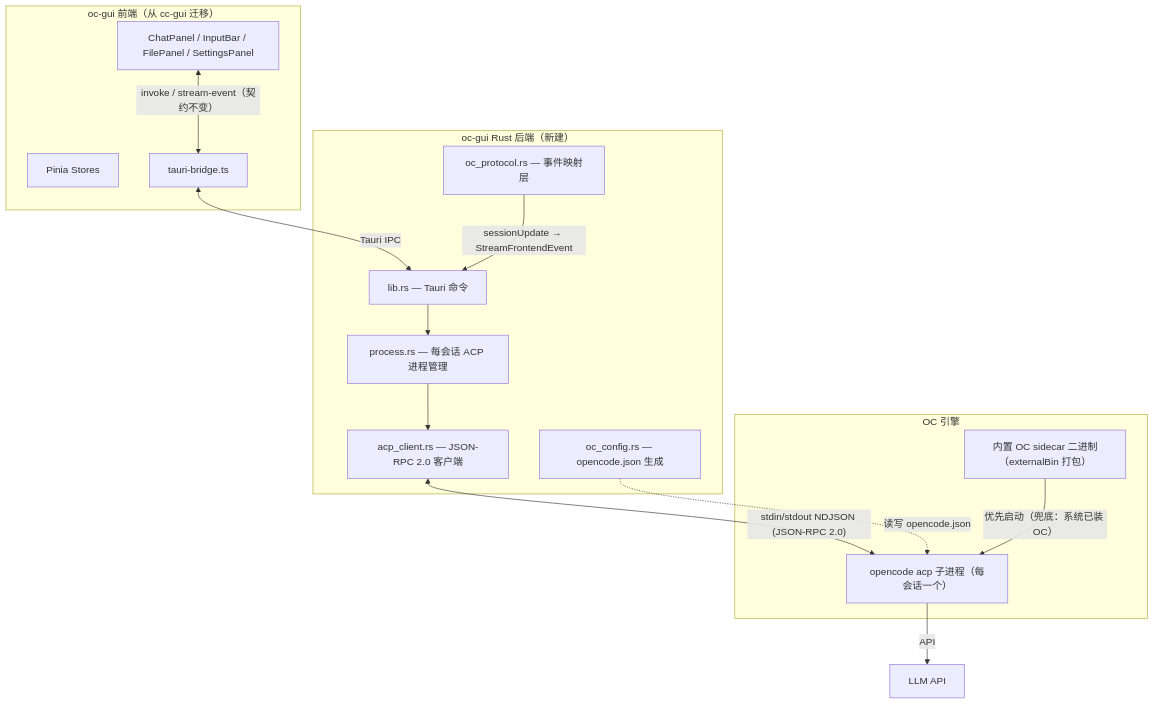
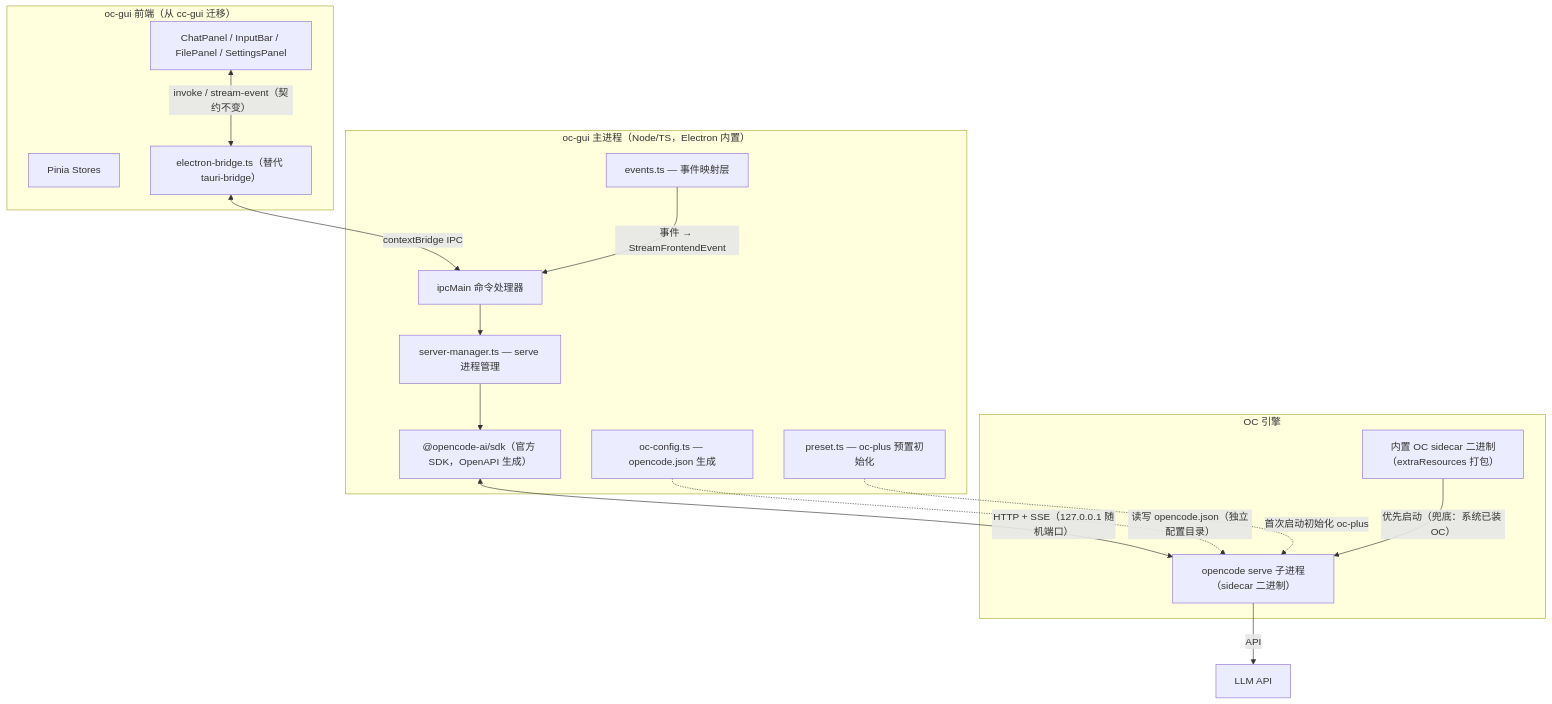
Before and after one commit to Max-Null/fractal: the first of 7 diagrams in docs/设计/分形-设计方案.md, drawn with Mermaid. The commit also changed other lines of this file, not shown here.

Commit message:
docs: 方案 v1.11 桌面壳迁 Electron + OpenChamber 调研

````diff
--- a/docs/设计/分形-设计方案.md
+++ b/docs/设计/分形-设计方案.md
@@ -96,33 +96,35 @@
 ```mermaid
 flowchart TD
     subgraph GUI["oc-gui 前端（从 cc-gui 迁移）"]
         UI["ChatPanel / InputBar / FilePanel / SettingsPanel"]
         STORES["Pinia Stores"]
-        BRIDGE["tauri-bridge.ts"]
+        BRIDGE["electron-bridge.ts（替代 tauri-bridge）"]
     end
 
-    subgraph RUST["oc-gui Rust 后端（新建）"]
-        CMDS["lib.rs — Tauri 命令"]
-        PROC["process.rs — 每会话 ACP 进程管理"]
-        ACPC["acp_client.rs — JSON-RPC 2.0 客户端"]
-        OC_PROTO["oc_protocol.rs — 事件映射层"]
-        OCCFG["oc_config.rs — opencode.json 生成"]
+    subgraph MAIN["oc-gui 主进程（Node/TS，Electron 内置）"]
+        IPC["ipcMain 命令处理器"]
+        SERVER["server-manager.ts — serve 进程管理"]
+        SDK["@opencode-ai/sdk（官方 SDK，OpenAPI 生成）"]
+        EVENTS["events.ts — 事件映射层"]
+        OCCFG["oc-config.ts — opencode.json 生成"]
+        PRESET["preset.ts — oc-plus 预置初始化"]
     end
 
     subgraph ENGINE["OC 引擎"]
-        CLI["opencode acp 子进程（每会话一个）"]
-        SIDECAR["内置 OC sidecar 二进制（externalBin 打包）"]
+        CLI["opencode serve 子进程（sidecar 二进制）"]
+        SIDECAR["内置 OC sidecar 二进制（extraResources 打包）"]
     end
 
     LLM["LLM API"]
 
     UI <-->|"invoke / stream-event（契约不变）"| BRIDGE
-    BRIDGE <-->|Tauri IPC| CMDS
-    CMDS --> PROC
-    PROC --> ACPC
-    ACPC <-->|"stdin/stdout NDJSON (JSON-RPC 2.0)"| CLI
+    BRIDGE <-->|contextBridge IPC| IPC
+    IPC --> SERVER
+    SERVER --> SDK
+    SDK <-->|"HTTP + SSE（127.0.0.1 随机端口）"| CLI
     CLI -->|API| LLM
-    OC_PROTO -->|"sessionUpdate → StreamFrontendEvent"| CMDS
-    OCCFG -.->|"读写 opencode.json"| CLI
+    EVENTS -->|"事件 → StreamFrontendEvent"| IPC
+    OCCFG -.->|"读写 opencode.json（独立配置目录）"| CLI
+    PRESET -.->|"首次启动初始化 oc-plus"| CLI
     SIDECAR -->|"优先启动（兜底：系统已装 OC）"| CLI
 ```
````
